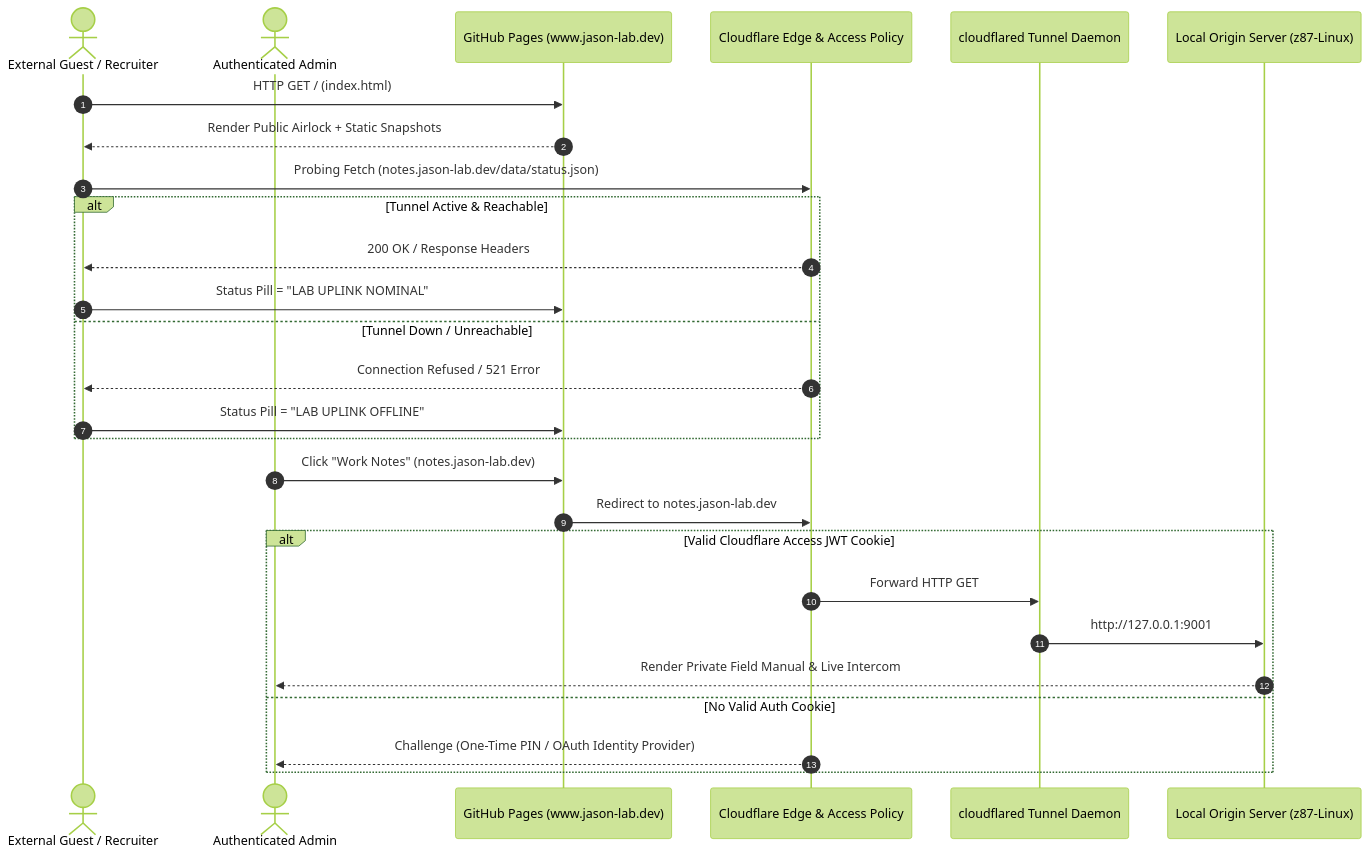
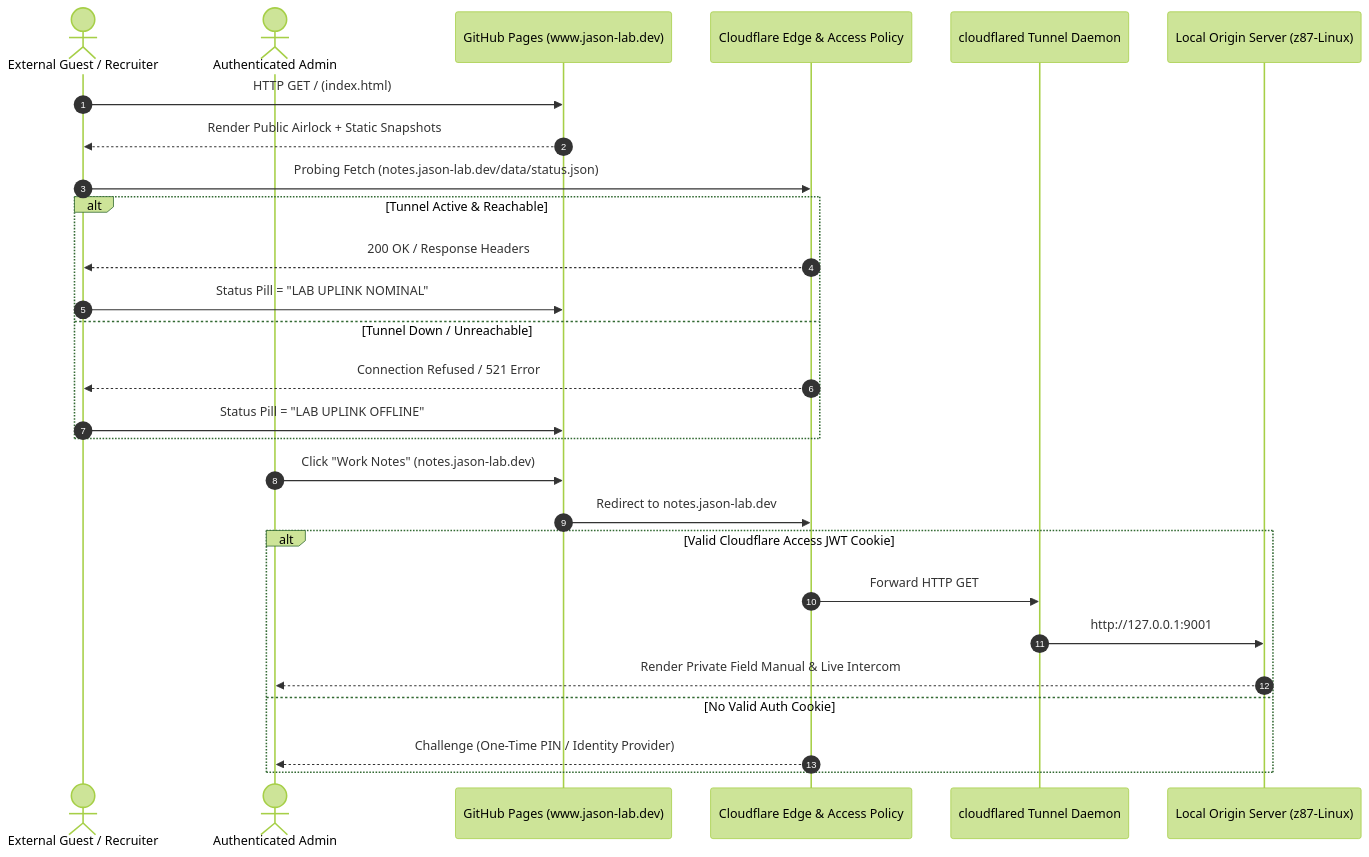
The diagram in README.md (kEnder242/kEnder242.github.io), drawn with Mermaid (forest theme) before and after one commit. The commit also changed other lines of this file, not shown here.

````diff
--- a/README.md
+++ b/README.md
@@ -23,33 +23,33 @@
 ```mermaid
 sequenceDiagram
     autonumber
     actor Guest as External Guest / Recruiter
     actor Admin as Authenticated Admin
     participant Airlock as GitHub Pages (www.jason-lab.dev)
     participant CF as Cloudflare Edge & Access Policy
     participant Tunnel as cloudflared Tunnel Daemon
     participant Origin as Local Origin Server (z87-Linux)
 
     %% Public Flow
     Guest->>Airlock: HTTP GET / (index.html)
     Airlock-->>Guest: Render Public Airlock + Static Snapshots
     Guest->>CF: Probing Fetch (notes.jason-lab.dev/data/status.json)
     alt Tunnel Active & Reachable
         CF-->>Guest: 200 OK / Response Headers
         Guest->>Airlock: Status Pill = "LAB UPLINK NOMINAL"
     else Tunnel Down / Unreachable
         CF-->>Guest: Connection Refused / 521 Error
         Guest->>Airlock: Status Pill = "LAB UPLINK OFFLINE"
     end
 
     %% Private Flow
     Admin->>Airlock: Click "Work Notes" (notes.jason-lab.dev)
     Airlock->>CF: Redirect to notes.jason-lab.dev
     alt Valid Cloudflare Access JWT Cookie
         CF->>Tunnel: Forward HTTP GET
         Tunnel->>Origin: http://127.0.0.1:9001
         Origin-->>Admin: Render Private Field Manual & Live Intercom
     else No Valid Auth Cookie
-        CF-->>Admin: Challenge (One-Time PIN / OAuth Identity Provider)
+        CF-->>Admin: Challenge (One-Time PIN / Identity Provider)
     end
 ```
````
